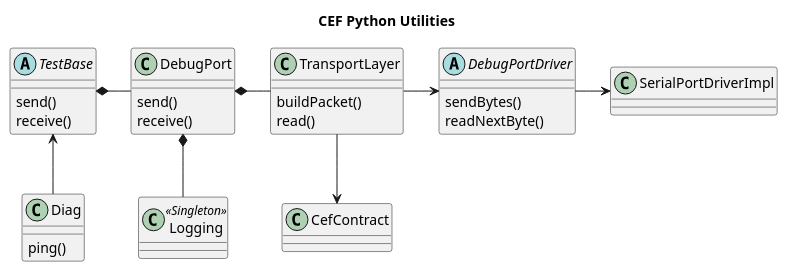
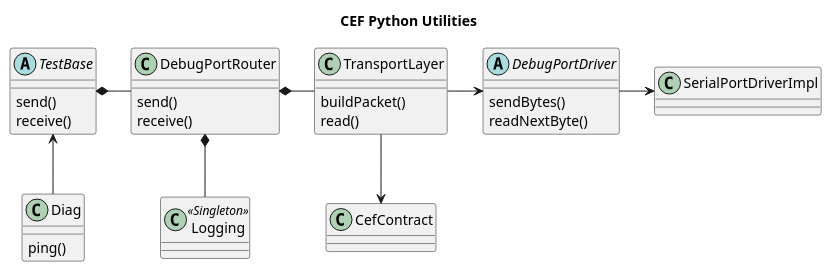
The diagram in Docs/ProjectDocs/PythonUtilities/DocsSource/PythonUtilities.puml (Syncroness-Inc/cef), drawn with PlantUML before and after one commit. The commit also changed 2 other files, not shown here.

```diff
--- a/Docs/ProjectDocs/PythonUtilities/DocsSource/PythonUtilities.puml
+++ b/Docs/ProjectDocs/PythonUtilities/DocsSource/PythonUtilities.puml
@@ -1,36 +1,36 @@
 @startuml
 title CEF Python Utilities 
 
 class CefContract
 class SerialPortDriverImpl
 abstract TestBase
 class Diag
-class DebugPort
+class DebugPortRouter
 class TransportLayer
 class Logging << Singleton >>
 abstract DebugPortDriver
 
 TestBase : send()
 TestBase : receive()
 
-DebugPort : send()
-DebugPort : receive()
+DebugPortRouter : send()
+DebugPortRouter : receive()
 
 Diag : ping()
 
 TransportLayer : buildPacket()
 TransportLayer : read()
 
 DebugPortDriver : sendBytes()
 DebugPortDriver : readNextByte()
 
-TestBase *- DebugPort
+TestBase *- DebugPortRouter
 TestBase <-- Diag
-DebugPort *- TransportLayer
-DebugPort *-- Logging
+DebugPortRouter *- TransportLayer
+DebugPortRouter *-- Logging
 TransportLayer -> DebugPortDriver
 TransportLayer --> CefContract
 DebugPortDriver -> SerialPortDriverImpl
 
 
 @enduml
```
